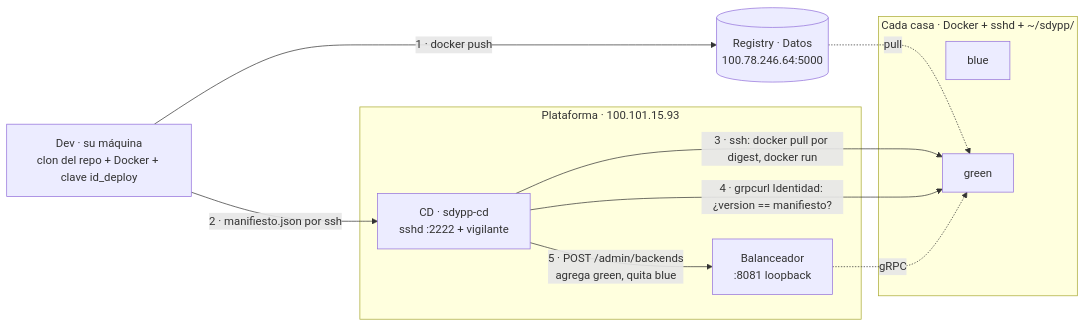
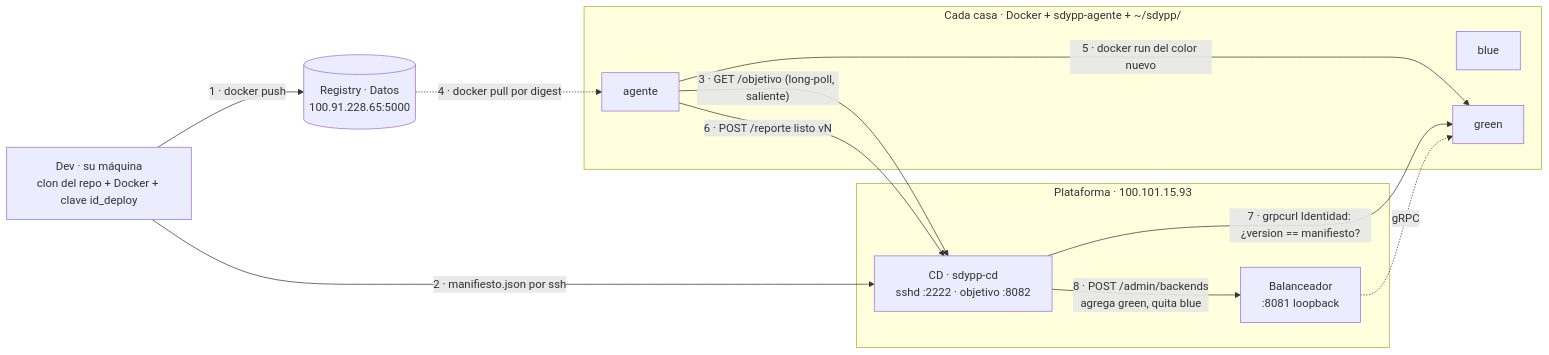
Before and after one commit to SDyPPTpGrupal/sdypp_servPython: the first of 2 diagrams in README.md, drawn with Mermaid. The commit also changed other lines of this file, not shown here.

Commit message:
README: el deploy lo hace el agente de cada casa

````diff
--- a/README.md
+++ b/README.md
@@ -86,23 +86,26 @@
 ```mermaid
 flowchart LR
     DEV["Dev · su máquina<br/>clon del repo + Docker + clave id_deploy"]
-    REG[("Registry · Datos<br/>100.78.246.64:5000")]
+    REG[("Registry · Datos<br/>100.91.228.65:5000")]
 
     subgraph PLAT["Plataforma · 100.101.15.93"]
-        CD["CD · sdypp-cd<br/>sshd :2222 + vigilante"]
+        CD["CD · sdypp-cd<br/>sshd :2222 · objetivo :8082"]
         BA["Balanceador<br/>:8081 loopback"]
     end
 
-    subgraph CASAS["Cada casa · Docker + sshd + ~/sdypp/"]
+    subgraph CASAS["Cada casa · Docker + sdypp-agente + ~/sdypp/"]
+        AG["agente"]
         BLUE["blue"]
         GREEN["green"]
     end
 
     DEV -->|"1 · docker push"| REG
     DEV -->|"2 · manifiesto.json por ssh"| CD
-    CD -->|"3 · ssh: docker pull por digest, docker run"| GREEN
-    REG -.->|"pull"| GREEN
-    CD -->|"4 · grpcurl Identidad: ¿version == manifiesto?"| GREEN
-    CD -->|"5 · POST /admin/backends<br/>agrega green, quita blue"| BA
+    AG -->|"3 · GET /objetivo (long-poll, saliente)"| CD
+    REG -.->|"4 · docker pull por digest"| AG
+    AG -->|"5 · docker run del color nuevo"| GREEN
+    AG -->|"6 · POST /reporte listo vN"| CD
+    CD -->|"7 · grpcurl Identidad: ¿version == manifiesto?"| GREEN
+    CD -->|"8 · POST /admin/backends<br/>agrega green, quita blue"| BA
     BA -.->|"gRPC"| GREEN
 ```
````
